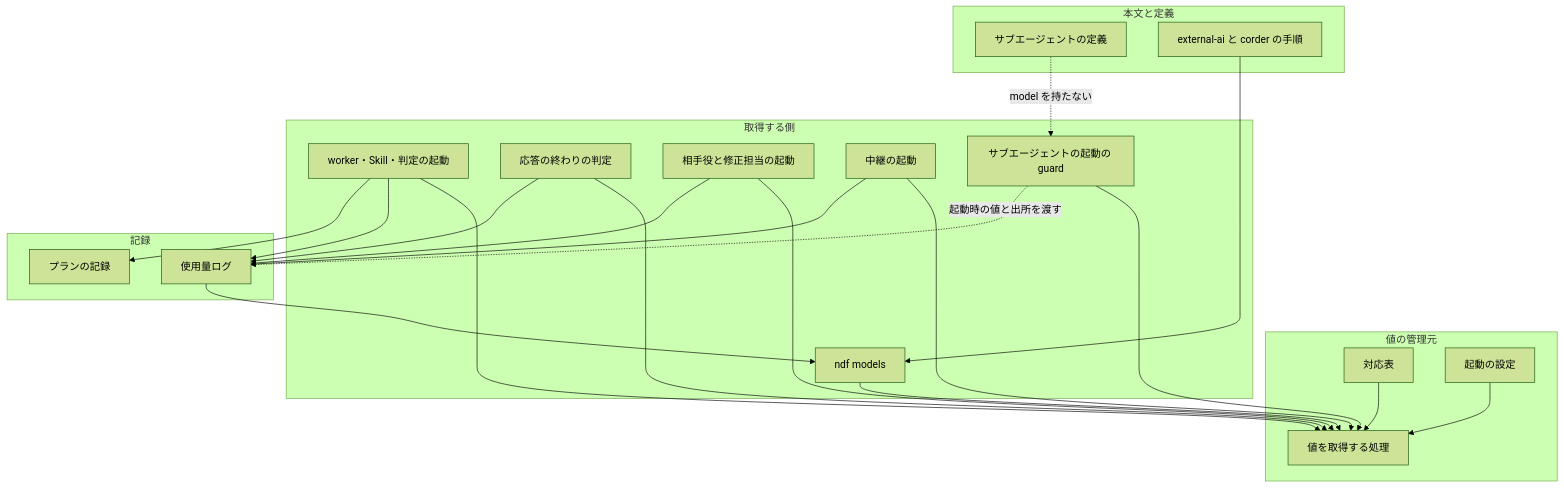
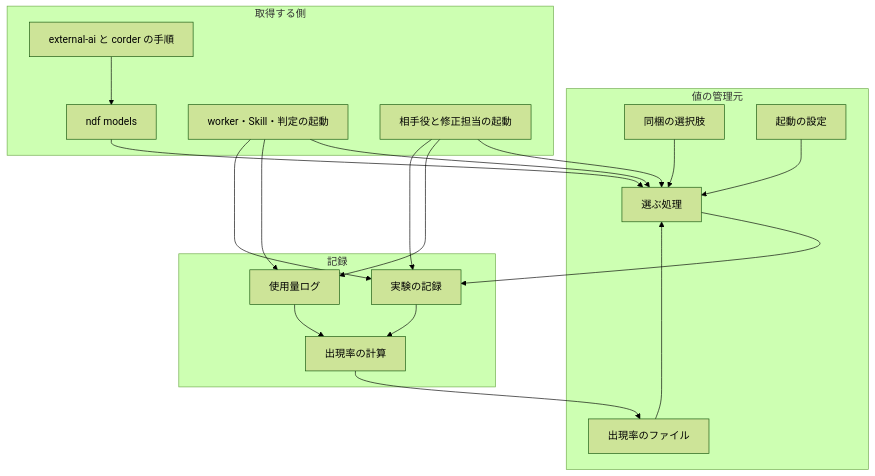
One commit to devbasex/ai-plugins changed the third of 5 diagrams in issues/issue-2944-design.md. Above: the diagram before and after it, drawn with Mermaid (forest theme). The commit also changed other lines of this file and 6 other files, not shown here.

````diff
--- a/issues/issue-2944-design.md
+++ b/issues/issue-2944-design.md
@@ -142,32 +166,27 @@
 ```mermaid
 graph TD
     subgraph 値の管理元
-        T[対応表]
+        T[同梱の選択肢]
         P[起動の設定]
-        R[値を取得する処理]
+        F[出現率のファイル]
+        R[選ぶ処理]
     end
     subgraph 取得する側
         M[ndf models]
         W[worker・Skill・判定の起動]
-        H[応答の終わりの判定]
         S[相手役と修正担当の起動]
-        Y[中継の起動]
-        G[サブエージェントの起動の guard]
-    end
-    subgraph 本文と定義
-        D[サブエージェントの定義]
         E[external-ai と corder の手順]
     end
     subgraph 記録
         U[使用量ログ]
-        K[プランの記録]
+        X[実験の記録]
+        B[出現率の計算]
     end
-    T & P --> R
-    M & W & H & S & Y & G --> R
+    T & P & F --> R
+    M & W & S --> R
     E --> M
-    D -. model を持たない .-> G
-    W & H & S & Y --> U
-    G -. 起動時の値と出所を渡す .-> U
-    W --> K
-    U --> M
+    R --> X
+    W & S --> U
+    W & S --> X
+    U & X --> B --> F
 ```
````
